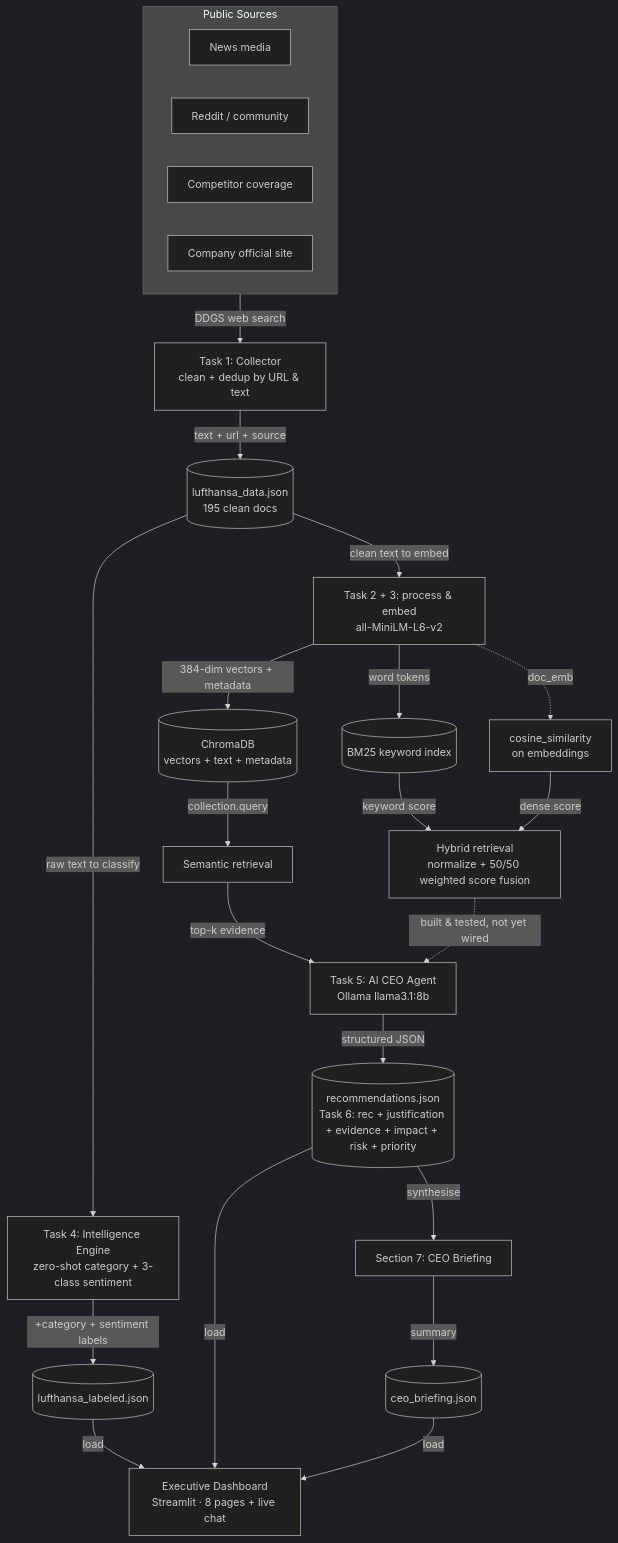
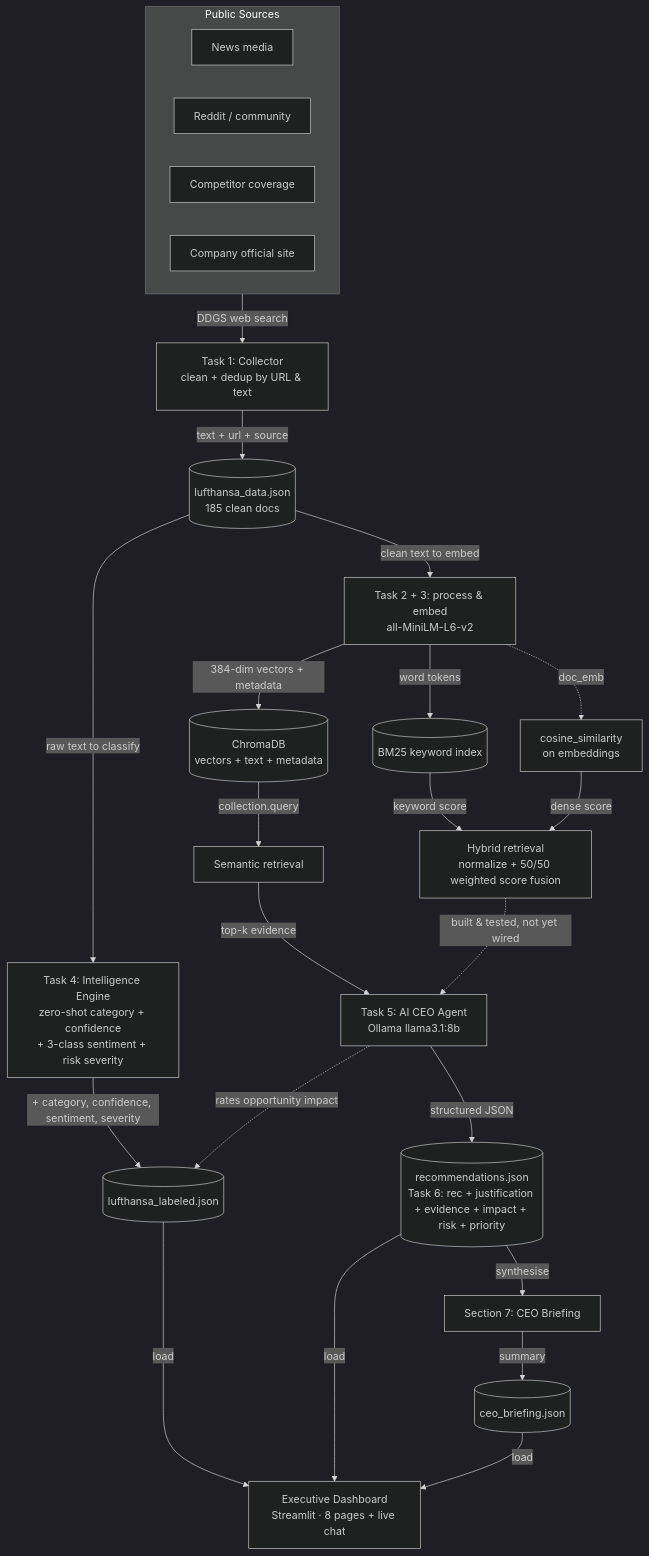
Before and after one commit to Nihalpujari/ML_Practice: the first of 2 diagrams in NLP/NLP Exam/AI CEO Strategic Intelligence Agent/README.md, drawn with Mermaid (dark theme). The commit also changed other lines of this file and 19 other files, not shown here.

````diff
--- a/NLP/NLP Exam/AI CEO Strategic Intelligence Agent/README.md
+++ b/NLP/NLP Exam/AI CEO Strategic Intelligence Agent/README.md
@@ -84,34 +84,35 @@
 ```mermaid
 flowchart TD
     subgraph SOURCES[Public Sources]
         N[News media]
         R[Reddit / community]
         CMP[Competitor coverage]
         CO[Company official site]
     end
 
     SOURCES -->|DDGS web search| COLLECT[Task 1: Collector<br/>clean + dedup by URL & text]
-    COLLECT -->|text + url + source| JSON[(lufthansa_data.json<br/>195 clean docs)]
+    COLLECT -->|text + url + source| JSON[(lufthansa_data.json<br/>185 clean docs)]
 
     JSON -->|clean text to embed| PROC[Task 2 + 3: process & embed<br/>all-MiniLM-L6-v2]
     PROC -->|384-dim vectors + metadata| CHROMA[(ChromaDB<br/>vectors + text + metadata)]
     PROC -->|word tokens| BM25[(BM25 keyword index)]
     PROC -. doc_emb .-> COS[cosine_similarity<br/>on embeddings]
 
-    JSON -->|raw text to classify| INTEL[Task 4: Intelligence Engine<br/>zero-shot category + 3-class sentiment]
-    INTEL -->|+category + sentiment labels| LABELED[(lufthansa_labeled.json)]
+    JSON -->|raw text to classify| INTEL[Task 4: Intelligence Engine<br/>zero-shot category + confidence<br/>+ 3-class sentiment + risk severity]
+    INTEL -->|+ category, confidence, sentiment, severity| LABELED[(lufthansa_labeled.json)]
+    AGENT -. rates opportunity impact .-> LABELED
 
     CHROMA -->|collection.query| SEM[Semantic retrieval]
     BM25 -->|keyword score| HYB[Hybrid retrieval<br/>normalize + 50/50 weighted score fusion]
     COS -->|dense score| HYB
 
     SEM -->|top-k evidence| AGENT[Task 5: AI CEO Agent<br/>Ollama llama3.1:8b]
     HYB -. built &amp; tested, not yet wired .-> AGENT
     AGENT -->|structured JSON| RECS[(recommendations.json<br/>Task 6: rec + justification + evidence + impact + risk + priority)]
     RECS -->|synthesise| BRIEF[Section 7: CEO Briefing]
     BRIEF -->|summary| CB[(ceo_briefing.json)]
 
     LABELED -->|load| DASH[Executive Dashboard<br/>Streamlit · 8 pages + live chat]
     RECS -->|load| DASH
     CB -->|load| DASH
 ```
````
